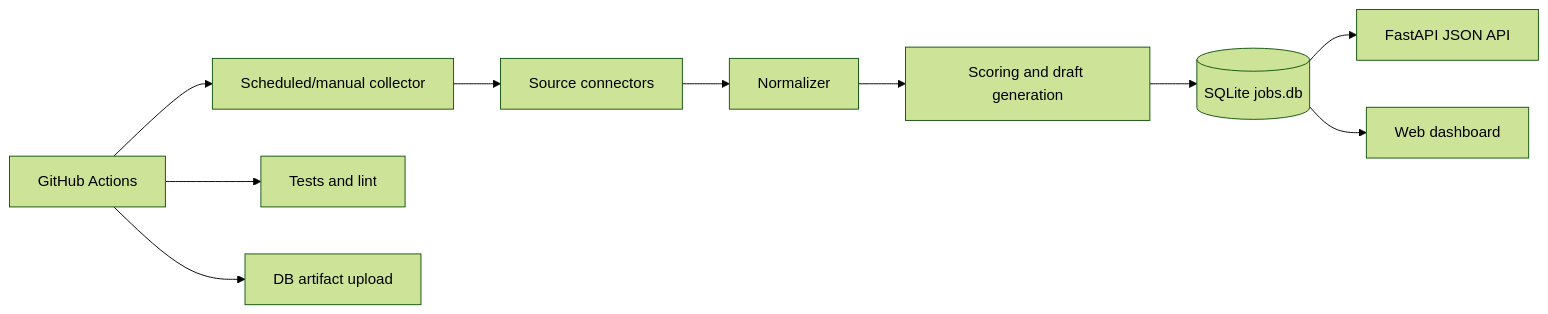
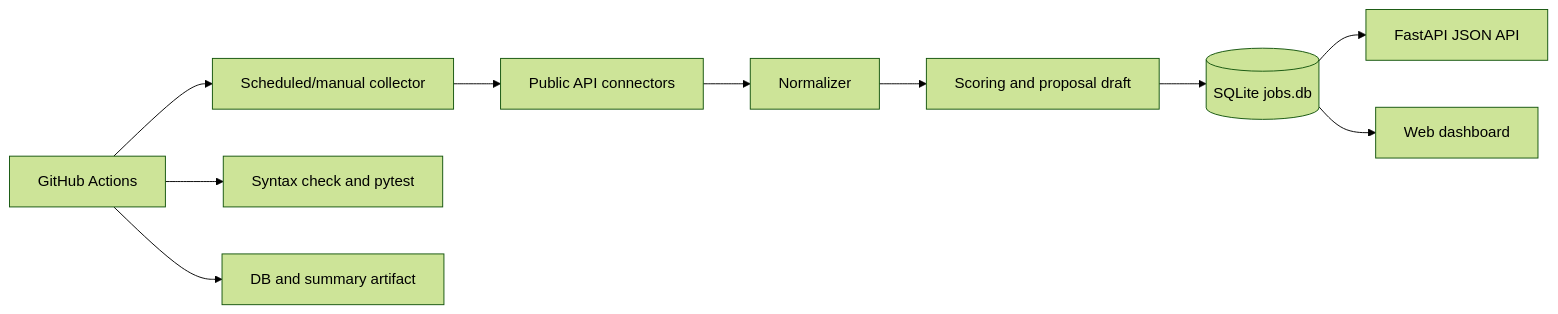
One commit to univcorp2-ctrl/global-job-aggregator-mvp changed the diagram in README.md. Above: the diagram before and after it, drawn with Mermaid (forest theme). The commit also changed other lines of this file, not shown here.

````diff
--- a/README.md
+++ b/README.md
@@ -73,12 +64,12 @@
 ```mermaid
 flowchart LR
-  A[Scheduled/manual collector] --> B[Source connectors]
+  A[Scheduled/manual collector] --> B[Public API connectors]
   B --> C[Normalizer]
-  C --> D[Scoring and draft generation]
+  C --> D[Scoring and proposal draft]
   D --> E[(SQLite jobs.db)]
   E --> F[FastAPI JSON API]
   E --> G[Web dashboard]
   H[GitHub Actions] --> A
-  H --> I[Tests and lint]
-  H --> J[DB artifact upload]
+  H --> I[Syntax check and pytest]
+  H --> J[DB and summary artifact]
 ```
````
